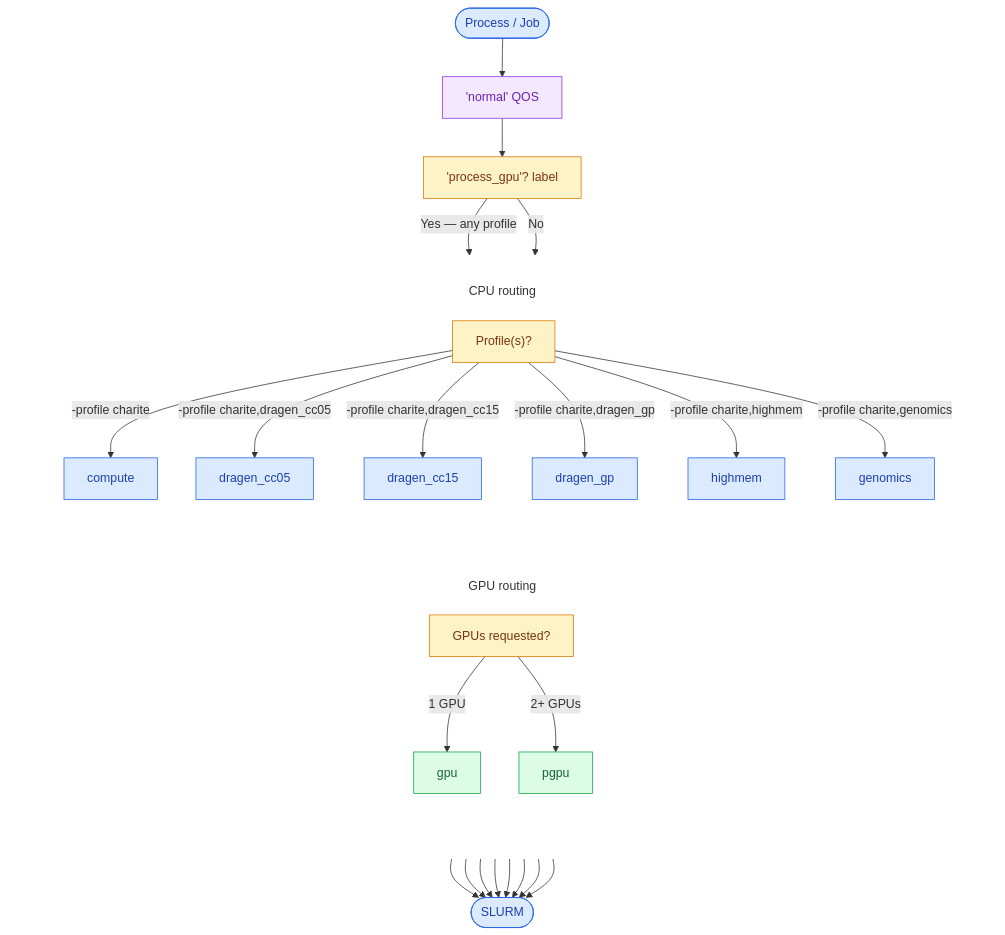
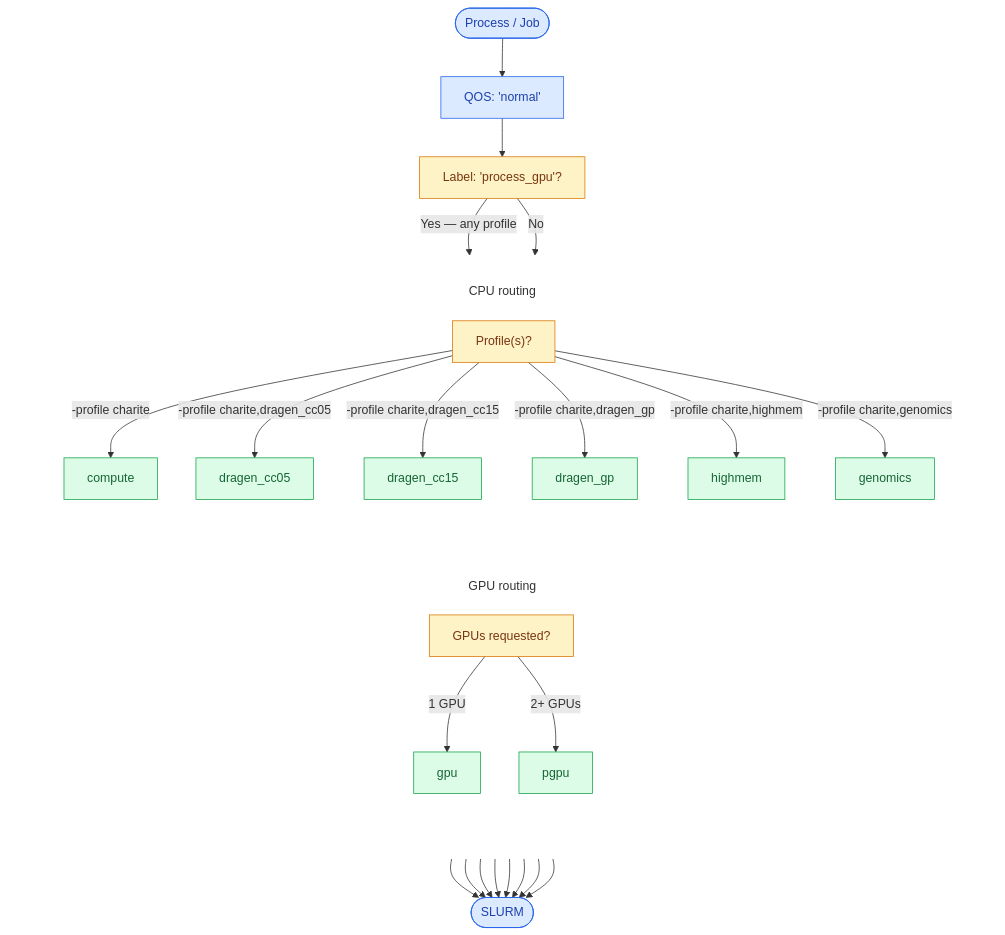
The second of 2 diagrams in docs/charite.md (ScientificComputingCharite/configs), drawn with Mermaid before and after one commit.

````diff
--- a/docs/charite.md
+++ b/docs/charite.md
@@ -413,69 +413,69 @@
 ```mermaid
 flowchart TB
     A(["Process / Job"])
-    Q["'normal' QOS"]
-    B["'process_gpu'? label"]
+    Q["QOS: 'normal'"]
+    B["Label: 'process_gpu'?"]
 
     A --> Q --> B
 
     subgraph ROUTING[" "]
         direction LR
 
         subgraph GPU["GPU routing"]
             direction TB
             C["GPUs requested?"]
             D["gpu"]
             E["pgpu"]
 
             C -->|"1 GPU"| D
             C -->|"2+ GPUs"| E
         end
 
         subgraph CPU["CPU routing"]
             direction TB
             F["Profile(s)?"]
 
             G["compute"]
             H["dragen_cc05"]
             I["dragen_cc15"]
             J["dragen_gp"]
             K["highmem"]
             L["genomics"]
 
             F -->|"-profile charite"| G
             F -->|"-profile charite,dragen_cc05"| H
             F -->|"-profile charite,dragen_cc15"| I
             F -->|"-profile charite,dragen_gp"| J
             F -->|"-profile charite,highmem"| K
             F -->|"-profile charite,genomics"| L
         end
     end
 
     B -->|"Yes — any profile"| C
     B -->|"No"| F
 
     D --> N(["SLURM"])
     E --> N
     G --> N
     H --> N
     I --> N
     J --> N
     K --> N
     L --> N
 
     classDef start fill:#dbeafe,stroke:#2563eb,color:#1e40af
     classDef gpu fill:#dcfce7,stroke:#16a34a,color:#166534
-    classDef cpu fill:#dbeafe,stroke:#2563eb,color:#1e40af
+    classDef cpu fill:#dcfce7,stroke:#16a34a,color:#166534
     classDef decision fill:#fef3c7,stroke:#d97706,color:#78350f
-    classDef qos fill:#f3e8ff,stroke:#9333ea,color:#6b21a8
+    classDef qos fill:#dbeafe,stroke:#2563eb,color:#1e40af
 
     class A,N start
     class Q qos
     class D,E gpu
     class G,H,I,J,K,L cpu
     class B,C,F decision
 
     style ROUTING fill:none,stroke:none
     style GPU fill:none,stroke:none
     style CPU fill:none,stroke:none
 ```
````
